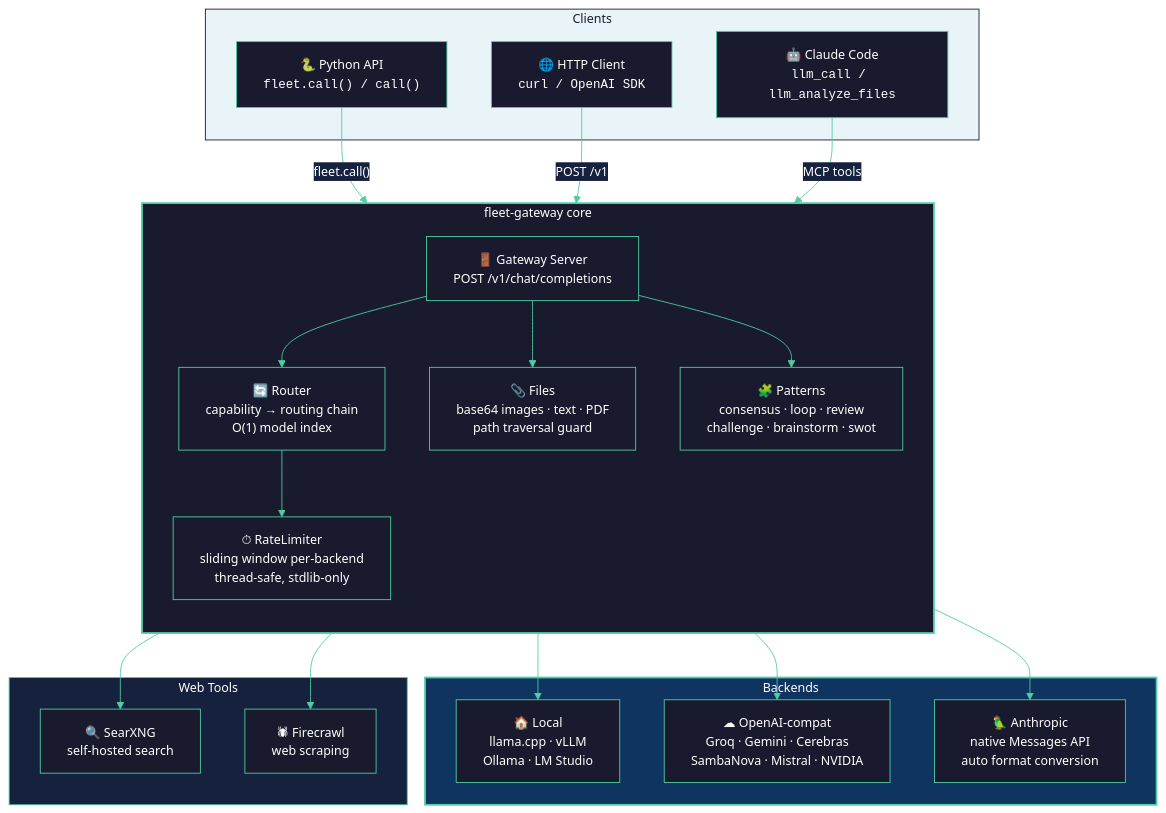
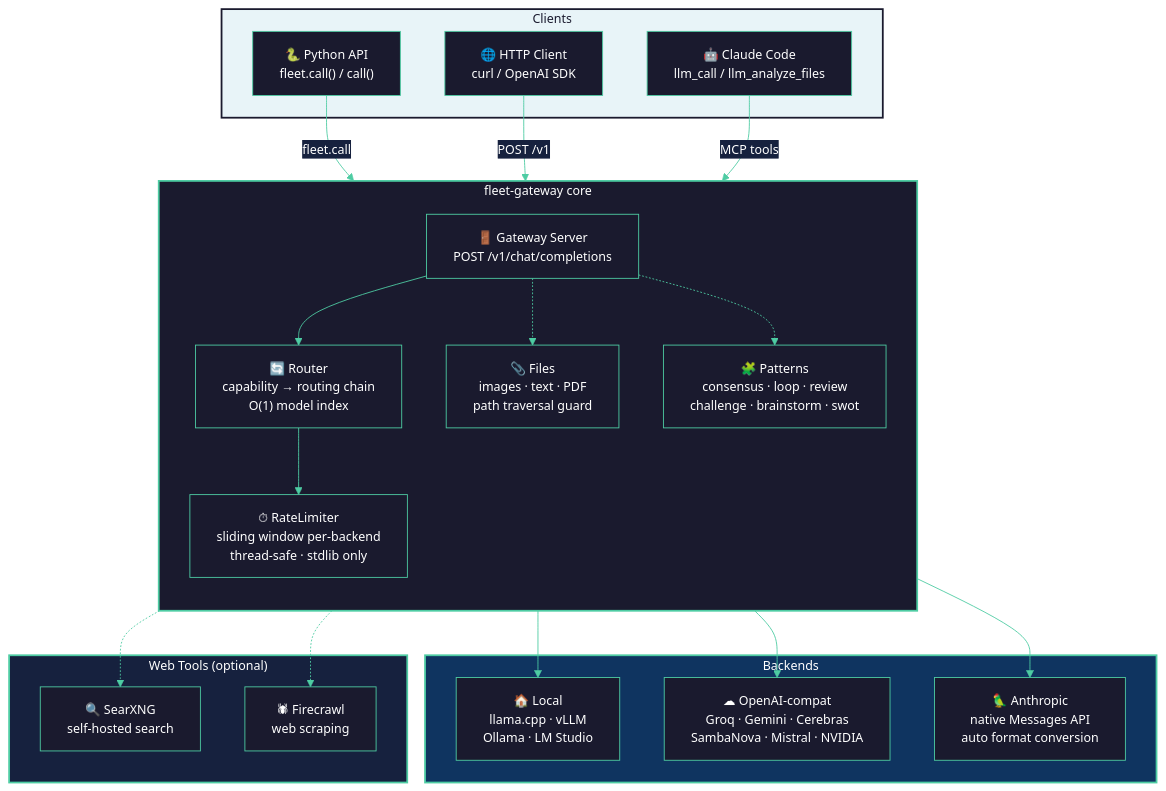
The diagram in docs/architecture/system-overview.md (cs-cdf/fleet-gateway), drawn with Mermaid before and after one commit. The commit also changed other lines of this file and 4 other files, not shown here.

First line of the commit message:
fix(docs): repair Mermaid parse errors across all architecture diagrams

````diff
--- a/docs/architecture/system-overview.md
+++ b/docs/architecture/system-overview.md
@@ -5,58 +5,58 @@
 ```mermaid
 %%{init: {'theme': 'base', 'themeVariables': {
   'primaryColor': '#1a1a2e',
   'primaryTextColor': '#ffffff',
   'primaryBorderColor': '#4ecca3',
   'lineColor': '#4ecca3',
   'secondaryColor': '#16213e',
   'tertiaryColor': '#0f3460',
   'fontFamily': 'Inter, sans-serif',
   'fontSize': '14px'
 }}}%%
 graph TB
     subgraph Clients["Clients"]
-        PY["🐍 Python API<br/><code>fleet.call() / call()</code>"]
-        HTTP["🌐 HTTP Client<br/><code>curl / OpenAI SDK</code>"]
-        MCP["🤖 Claude Code<br/><code>llm_call / llm_analyze_files</code>"]
+        PY["🐍 Python API<br>fleet.call() / call()"]
+        HTTP["🌐 HTTP Client<br>curl / OpenAI SDK"]
+        MCP["🤖 Claude Code<br>llm_call / llm_analyze_files"]
     end
 
     subgraph GW["fleet-gateway core"]
         direction TB
-        SERVER["🚪 Gateway Server<br/>POST /v1/chat/completions"]
-        ROUTER["🔄 Router<br/>capability → routing chain<br/>O(1) model index"]
-        RL["⏱ RateLimiter<br/>sliding window per-backend<br/>thread-safe, stdlib-only"]
-        FILES["📎 Files<br/>base64 images · text · PDF<br/>path traversal guard"]
-        PATTERNS["🧩 Patterns<br/>consensus · loop · review<br/>challenge · brainstorm · swot"]
+        SERVER["🚪 Gateway Server<br>POST /v1/chat/completions"]
+        ROUTER["🔄 Router<br>capability → routing chain<br>O(1) model index"]
+        RL["⏱ RateLimiter<br>sliding window per-backend<br>thread-safe · stdlib only"]
+        FILES["📎 Files<br>images · text · PDF<br>path traversal guard"]
+        PATTERNS["🧩 Patterns<br>consensus · loop · review<br>challenge · brainstorm · swot"]
     end
 
     subgraph Backends["Backends"]
-        LOCAL["🏠 Local<br/>llama.cpp · vLLM<br/>Ollama · LM Studio"]
-        CLOUD["☁ OpenAI-compat<br/>Groq · Gemini · Cerebras<br/>SambaNova · Mistral · NVIDIA"]
-        ANTHRO["🦜 Anthropic<br/>native Messages API<br/>auto format conversion"]
+        LOCAL["🏠 Local<br>llama.cpp · vLLM<br>Ollama · LM Studio"]
+        CLOUD["☁ OpenAI-compat<br>Groq · Gemini · Cerebras<br>SambaNova · Mistral · NVIDIA"]
+        ANTHRO["🦜 Anthropic<br>native Messages API<br>auto format conversion"]
     end
 
-    subgraph Web["Web Tools"]
-        SEARCH["🔍 SearXNG<br/>self-hosted search"]
-        SCRAPE["🕷 Firecrawl<br/>web scraping"]
+    subgraph Web["Web Tools (optional)"]
+        SEARCH["🔍 SearXNG<br>self-hosted search"]
+        SCRAPE["🕷 Firecrawl<br>web scraping"]
     end
 
-    PY   -->|"fleet.call()"| SERVER
-    HTTP -->|"POST /v1"| SERVER
-    MCP  -->|"MCP tools"| SERVER
+    PY   -->|fleet.call| SERVER
+    HTTP -->|POST /v1| SERVER
+    MCP  -->|MCP tools| SERVER
 
     SERVER --> ROUTER
     ROUTER --> RL
     RL --> LOCAL
     RL --> CLOUD
     RL --> ANTHRO
 
-    SERVER --> FILES
-    SERVER --> PATTERNS
-    SERVER --> SEARCH
-    SERVER --> SCRAPE
+    SERVER -.-> FILES
+    SERVER -.-> PATTERNS
+    SERVER -.-> SEARCH
+    SERVER -.-> SCRAPE
 
-    style Clients fill:#e8f4f8,stroke:#1a1a2e,color:#1a1a2e
-    style GW      fill:#1a1a2e,stroke:#4ecca3,stroke-width:2px,color:#fff
+    style Clients  fill:#e8f4f8,stroke:#1a1a2e,stroke-width:2px,color:#1a1a2e
+    style GW       fill:#1a1a2e,stroke:#4ecca3,stroke-width:2px,color:#fff
     style Backends fill:#0f3460,stroke:#4ecca3,stroke-width:2px,color:#fff
-    style Web      fill:#16213e,stroke:#4ecca3,color:#fff
+    style Web      fill:#16213e,stroke:#4ecca3,stroke-width:2px,color:#fff
 ```
````
